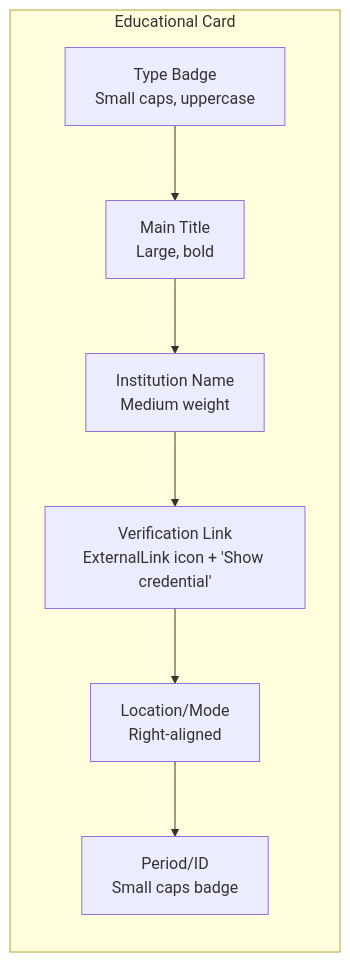
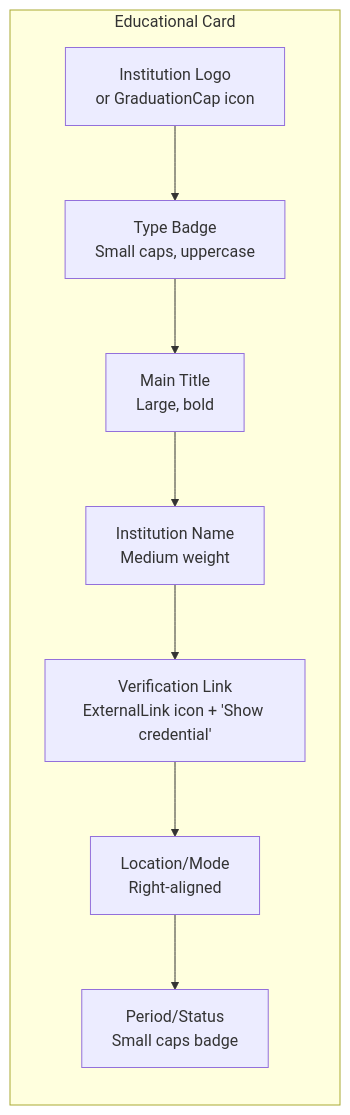
The sixth of 11 diagrams in .qoder/repowiki/en/content/Component Library & UI Elements/EducationSection Component.md (subash7781/Portfolio), drawn with Mermaid before and after one commit. The commit also changed other lines of this file and 5 other files, not shown here.

````diff
--- a/.qoder/repowiki/en/content/Component Library & UI Elements/EducationSection Component.md
+++ b/.qoder/repowiki/en/content/Component Library & UI Elements/EducationSection Component.md
@@ -267,16 +283,18 @@
 ```mermaid
 graph LR
 subgraph "Educational Card"
+Logo["Institution Logo<br/>or GraduationCap icon"]
 Type["Type Badge<br/>Small caps, uppercase"]
 Title["Main Title<br/>Large, bold"]
 Institution["Institution Name<br/>Medium weight"]
 CredentialLink["Verification Link<br/>ExternalLink icon + 'Show credential'"]
 Location["Location/Mode<br/>Right-aligned"]
-Period["Period/ID<br/>Small caps badge"]
+Period["Period/Status<br/>Small caps badge"]
 end
+Logo --> Type
 Type --> Title
 Title --> Institution
 Institution --> CredentialLink
 CredentialLink --> Location
 Location --> Period
 ```
````
